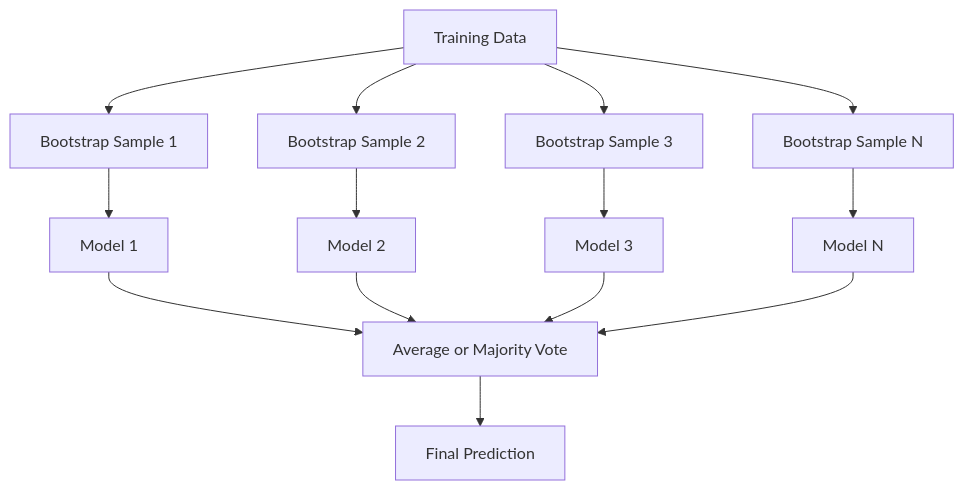
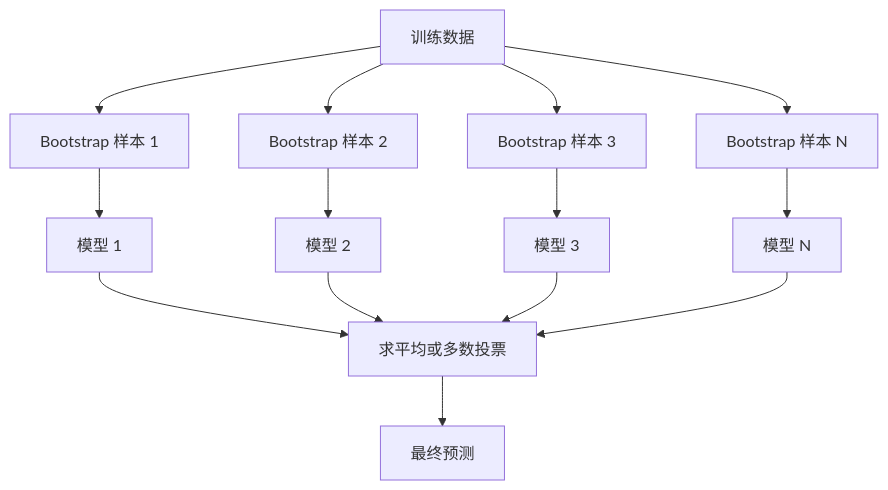
One commit to JerryC8080/ai-engineering-from-scratch-zh changed the first of 3 diagrams in phases/02-ml-fundamentals/11-ensemble-methods/docs/zh.md. Above: the diagram before and after it, drawn with Mermaid. The commit also changed other lines of this file and 156 other files, not shown here.

First line of the commit message:
i18n(zh): translate mermaid diagram labels in 157 lesson zh.md

````diff
--- a/phases/02-ml-fundamentals/11-ensemble-methods/docs/zh.md
+++ b/phases/02-ml-fundamentals/11-ensemble-methods/docs/zh.md
@@ -48,19 +48,19 @@
 ```mermaid
 flowchart TD
-    D[Training Data] --> B1[Bootstrap Sample 1]
-    D --> B2[Bootstrap Sample 2]
-    D --> B3[Bootstrap Sample 3]
-    D --> BN[Bootstrap Sample N]
+    D[训练数据] --> B1[Bootstrap 样本 1]
+    D --> B2[Bootstrap 样本 2]
+    D --> B3[Bootstrap 样本 3]
+    D --> BN[Bootstrap 样本 N]
 
-    B1 --> M1[Model 1]
-    B2 --> M2[Model 2]
-    B3 --> M3[Model 3]
-    BN --> MN[Model N]
+    B1 --> M1[模型 1]
+    B2 --> M2[模型 2]
+    B3 --> M3[模型 3]
+    BN --> MN[模型 N]
 
-    M1 --> V[Average or Majority Vote]
+    M1 --> V[求平均或多数投票]
     M2 --> V
     M3 --> V
     MN --> V
 
-    V --> P[Final Prediction]
+    V --> P[最终预测]
 ```
````
